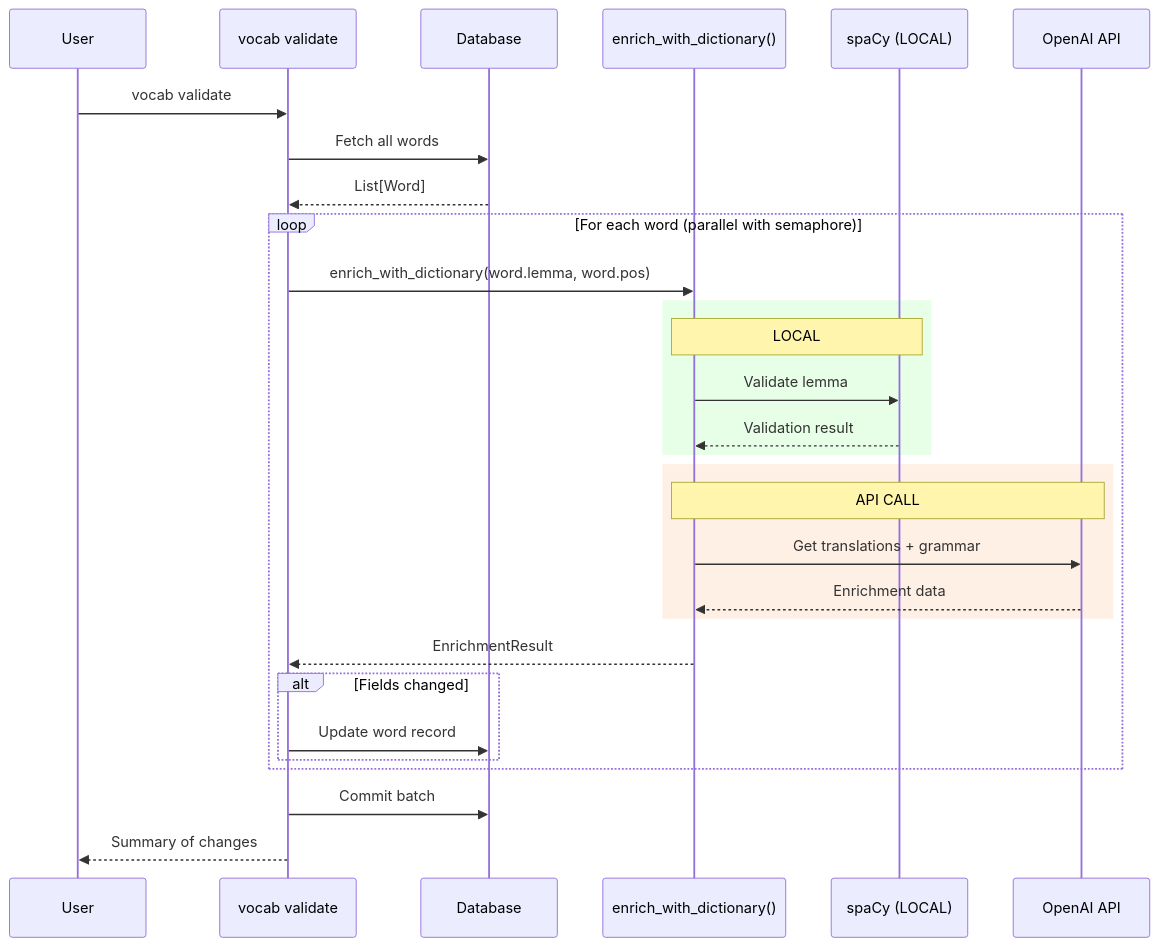
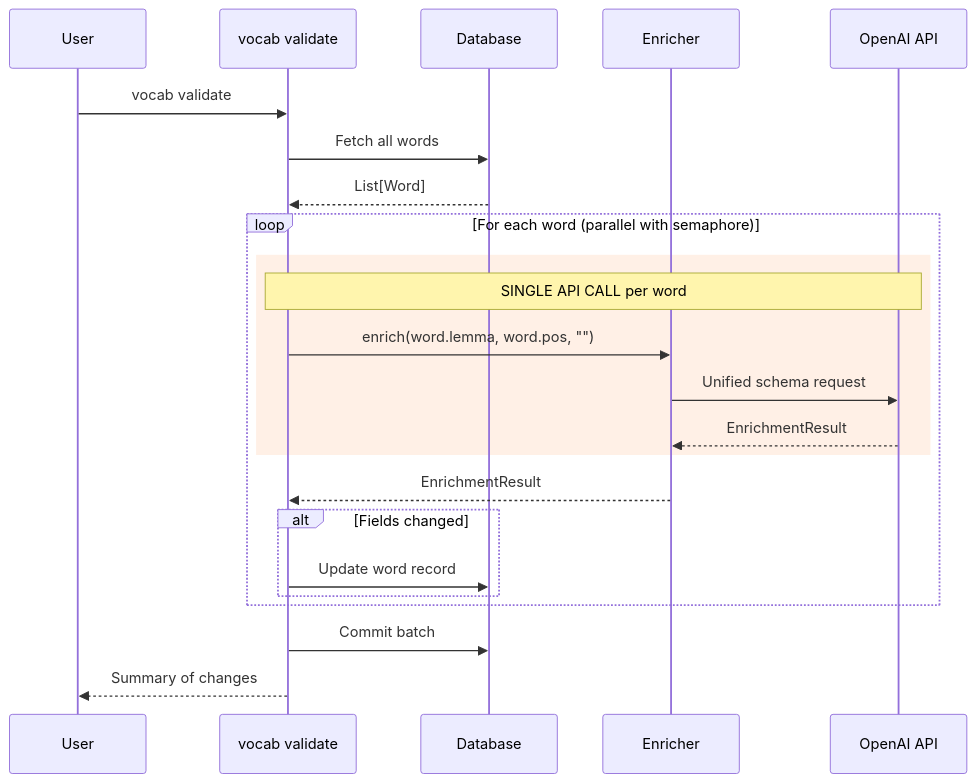
The sixth of 9 diagrams in docs/llm-pipelines.md (sapientpants/vocabext), drawn with Mermaid before and after one commit. The commit also changed other lines of this file and 6 other files, not shown here.

First line of the commit message:
feat: unify LLM pipeline with single API call per word

````diff
--- a/docs/llm-pipelines.md
+++ b/docs/llm-pipelines.md
@@ -368,39 +293,31 @@
 ```mermaid
 sequenceDiagram
     participant User
     participant CLI as vocab validate
     participant DB as Database
-    participant Enricher as enrich_with_dictionary()
-    participant spaCy as spaCy (LOCAL)
+    participant Enricher
     participant API as OpenAI API
 
     User->>CLI: vocab validate
 
     CLI->>DB: Fetch all words
     DB-->>CLI: List[Word]
 
     loop For each word (parallel with semaphore)
-        CLI->>Enricher: enrich_with_dictionary(word.lemma, word.pos)
-
-        rect rgb(230, 255, 230)
-            Note over Enricher,spaCy: LOCAL
-            Enricher->>spaCy: Validate lemma
-            spaCy-->>Enricher: Validation result
-        end
-
         rect rgb(255, 240, 230)
-            Note over Enricher,API: API CALL
-            Enricher->>API: Get translations + grammar
-            API-->>Enricher: Enrichment data
+            Note over CLI,API: SINGLE API CALL per word
+            CLI->>Enricher: enrich(word.lemma, word.pos, "")
+            Enricher->>API: Unified schema request
+            API-->>Enricher: EnrichmentResult
         end
 
         Enricher-->>CLI: EnrichmentResult
 
         alt Fields changed
             CLI->>DB: Update word record
         end
     end
 
     CLI->>DB: Commit batch
     CLI-->>User: Summary of changes
 ```
````
